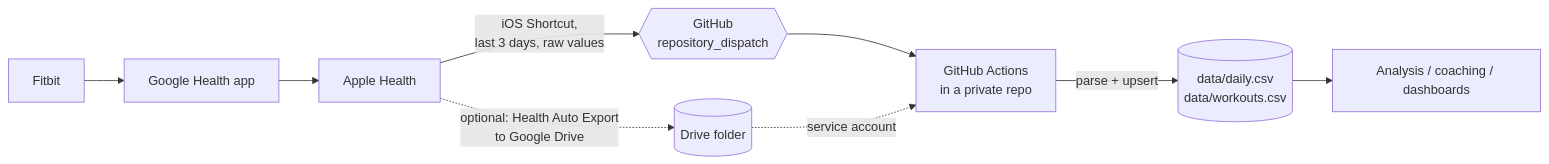
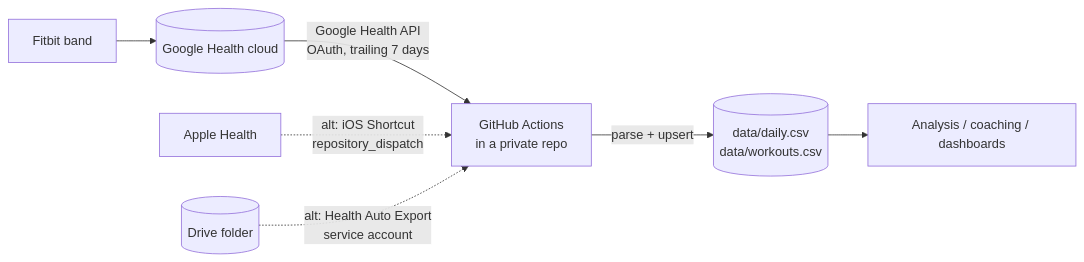
Before and after one commit to nonentertainer/health-pipeline: the diagram in README.md, drawn with Mermaid. The commit also changed other lines of this file and 11 other files, not shown here.

First line of the commit message:
Google Health API source: Fitbit data at the source (v0.4.0)

````diff
--- a/README.md
+++ b/README.md
@@ -5,10 +5,9 @@
 ```mermaid
 flowchart LR
-    A[Fitbit] --> B[Google Health app] --> C[Apple Health]
-    C -->|iOS Shortcut,<br/>last 3 days, raw values| D{{GitHub<br/>repository_dispatch}}
-    C -.->|optional: Health Auto Export<br/>to Google Drive| G[(Drive folder)]
-    D --> E[GitHub Actions<br/>in a private repo]
-    G -.->|service account| E
+    A[Fitbit band] --> B[(Google Health cloud)]
+    B -->|Google Health API<br/>OAuth, trailing 7 days| E[GitHub Actions<br/>in a private repo]
     E -->|parse + upsert| F[(data/daily.csv<br/>data/workouts.csv)]
     F --> H[Analysis / coaching / dashboards]
+    C[Apple Health] -.->|alt: iOS Shortcut<br/>repository_dispatch| E
+    G[(Drive folder)] -.->|alt: Health Auto Export<br/>service account| E
 ```
````
